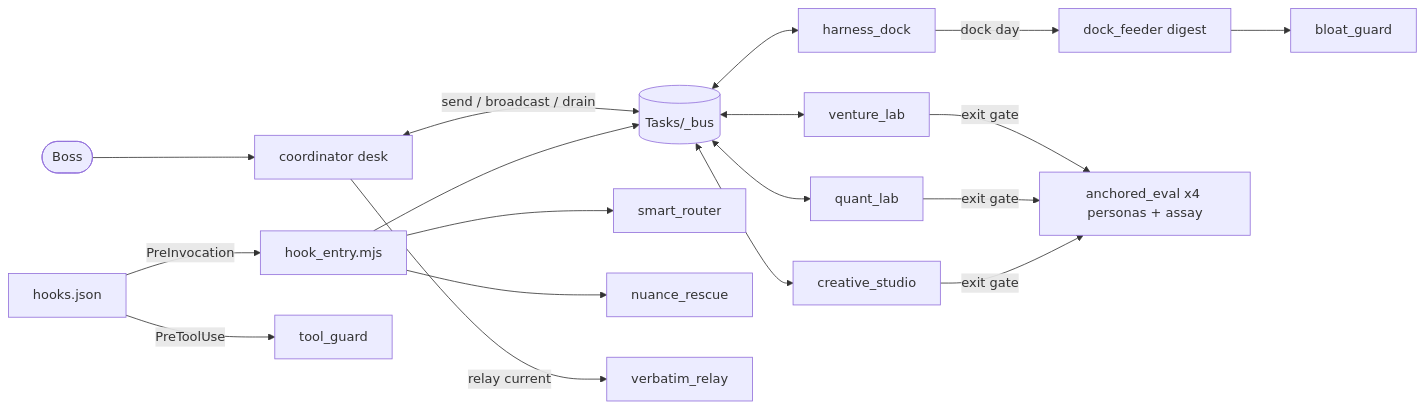
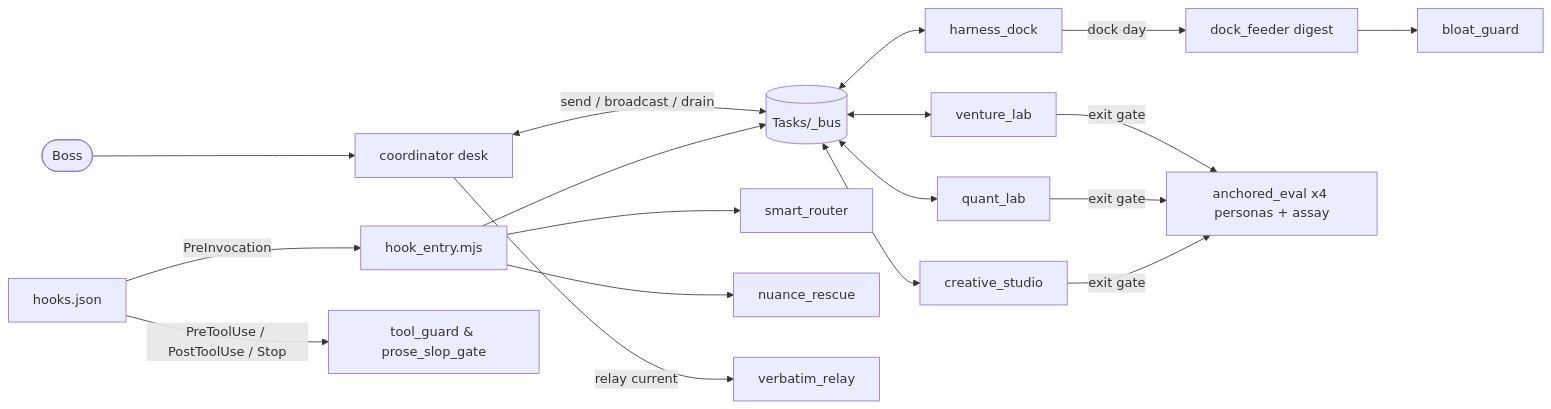
One commit to pikuto1125-pixel/agy-jev-harness changed the diagram in README.md. Above: the diagram before and after it, drawn with Mermaid. The commit also changed other lines of this file and 11 other files, not shown here.

Commit message:
Release v0.3.0: prose slop gate, 4-way intent router, AGY 1.5.12 hooks

````diff
--- a/README.md
+++ b/README.md
@@ -58,12 +61,12 @@
 ```mermaid
 flowchart LR
   U([Boss]) --> C[coordinator desk]
   C <-->|send / broadcast / drain| BUS[(Tasks/_bus)]
   BUS <--> V[venture_lab] & Q[quant_lab] & S[creative_studio] & D[harness_dock]
   H[hooks.json] -->|PreInvocation| E[hook_entry.mjs]
   E --> R[smart_router] & N[nuance_rescue] & BUS
-  H -->|PreToolUse| G[tool_guard]
+  H -->|PreToolUse / PostToolUse / Stop| G[tool_guard & prose_slop_gate]
   D -->|dock day| F[dock_feeder digest] --> B[bloat_guard]
   V & Q & S -->|exit gate| A[anchored_eval x4 personas + assay]
   C -->|relay current| P[verbatim_relay]
 ```
````
